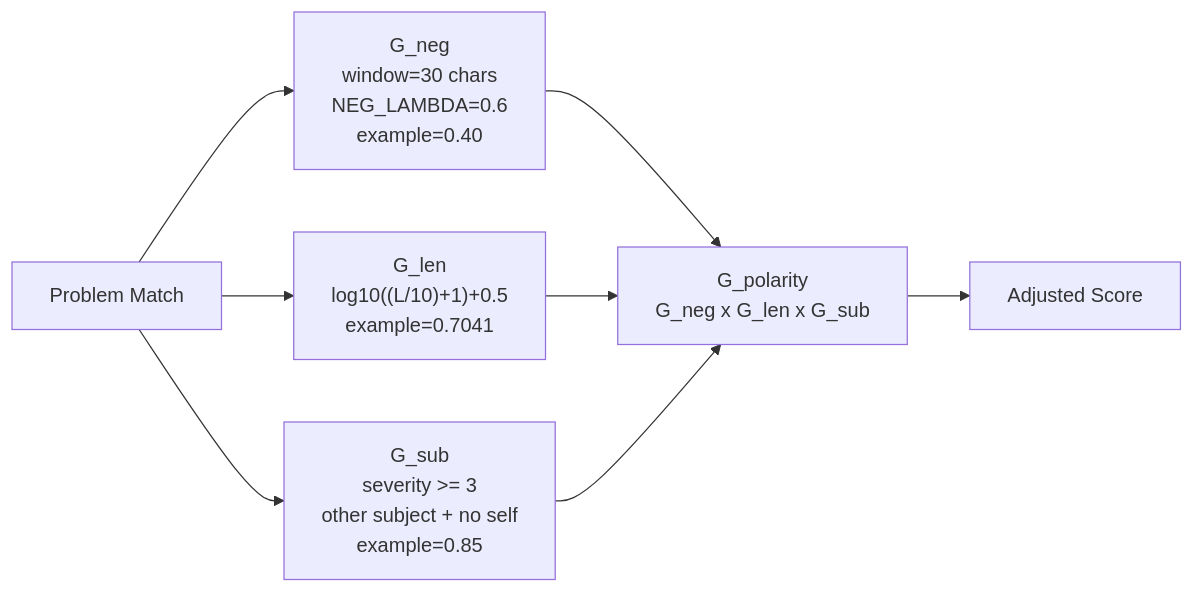
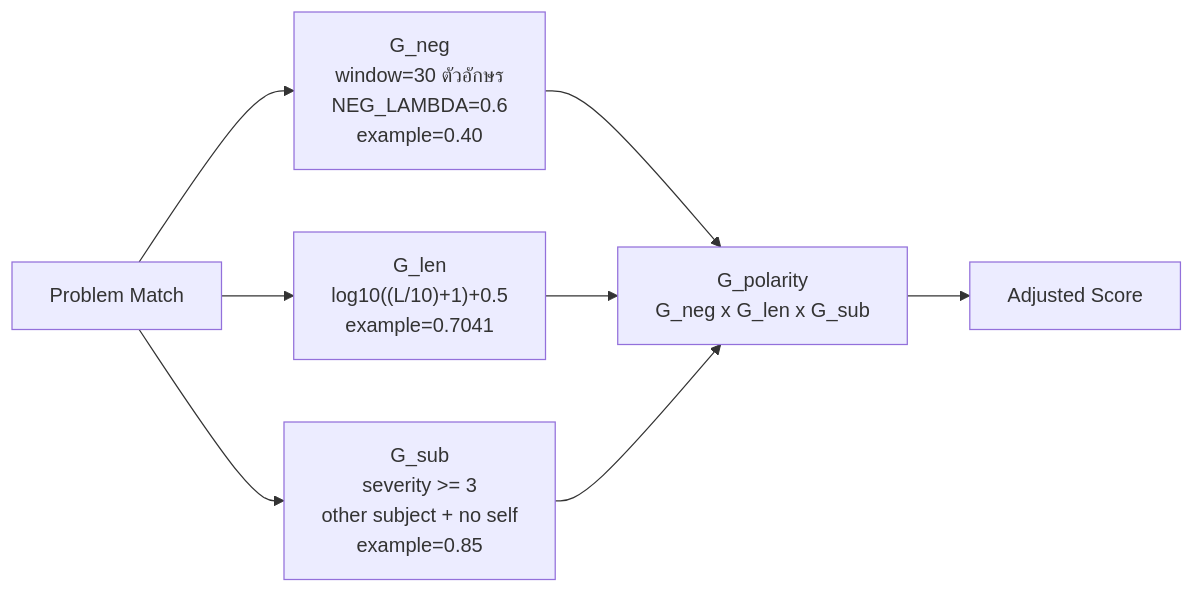
Before and after one commit to Mickeychay/thesis_one-: the ninth of 9 diagrams in md_report/thesis_full_ch3_methodology.md, drawn with Mermaid. The commit also changed other lines of this file and 8 other files, not shown here.

````diff
--- a/md_report/thesis_full_ch3_methodology.md
+++ b/md_report/thesis_full_ch3_methodology.md
@@ -398,10 +470,10 @@
 ```mermaid
 flowchart LR
-    A["Problem Match"] --> B["G_neg<br/>window=30 chars<br/>NEG_LAMBDA=0.6<br/>example=0.40"]
+    A["Problem Match"] --> B["G_neg<br/>window=30 ตัวอักษร<br/>NEG_LAMBDA=0.6<br/>example=0.40"]
     A --> C["G_len<br/>log10((L/10)+1)+0.5<br/>example=0.7041"]
     A --> D["G_sub<br/>severity >= 3<br/>other subject + no self<br/>example=0.85"]
     B --> E["G_polarity<br/>G_neg x G_len x G_sub"]
     C --> E
     D --> E
     E --> F["Adjusted Score"]
 ```
````
